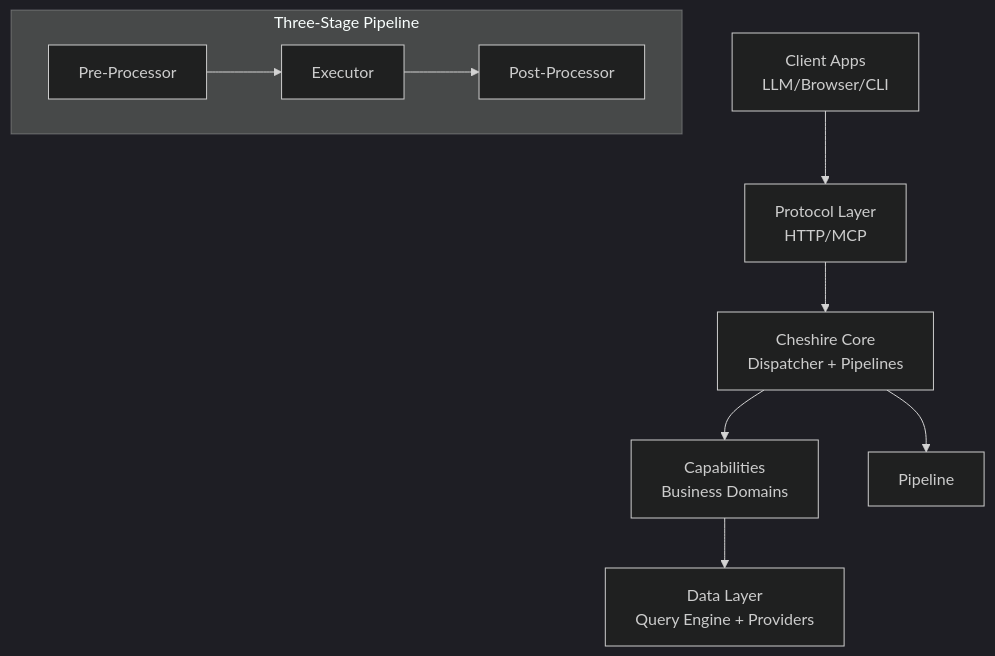
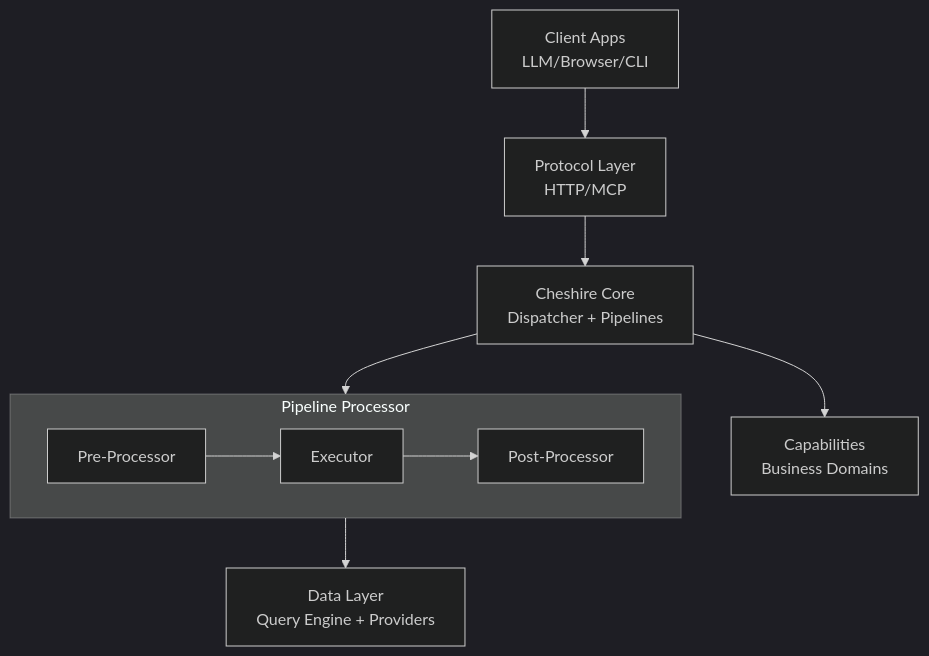
One commit to halimchaibi/cheshire-prototype changed the diagram in docs/diagrams/src/01-High-Level.mermaid. Above: the diagram before and after it, drawn with Mermaid (dark theme).

Commit message:
docs: update high-level diagram

```diff
--- a/docs/diagrams/src/01-High-Level.mermaid
+++ b/docs/diagrams/src/01-High-Level.mermaid
@@ -1,12 +1,13 @@
 graph TB
     Client[Client Apps<br/>LLM/Browser/CLI] --> Protocol[Protocol Layer<br/>HTTP/MCP]
     Protocol --> Cheshire[Cheshire Core<br/>Dispatcher + Pipelines]
     Cheshire --> Capabilities[Capabilities<br/>Business Domains]
-    Capabilities --> Data[Data Layer<br/>Query Engine + Providers]
-    
-    subgraph "Three-Stage Pipeline"
+
+    subgraph PipelineProcessor["Pipeline Processor"]
         direction LR
         Pre[Pre-Processor] --> Exec[Executor] --> Post[Post-Processor]
     end
-    
-    Cheshire --> Pipeline
+
+    PipelineProcessor --> Data[Data Layer<br/>Query Engine + Providers]
+
+    Cheshire --> PipelineProcessor
```
